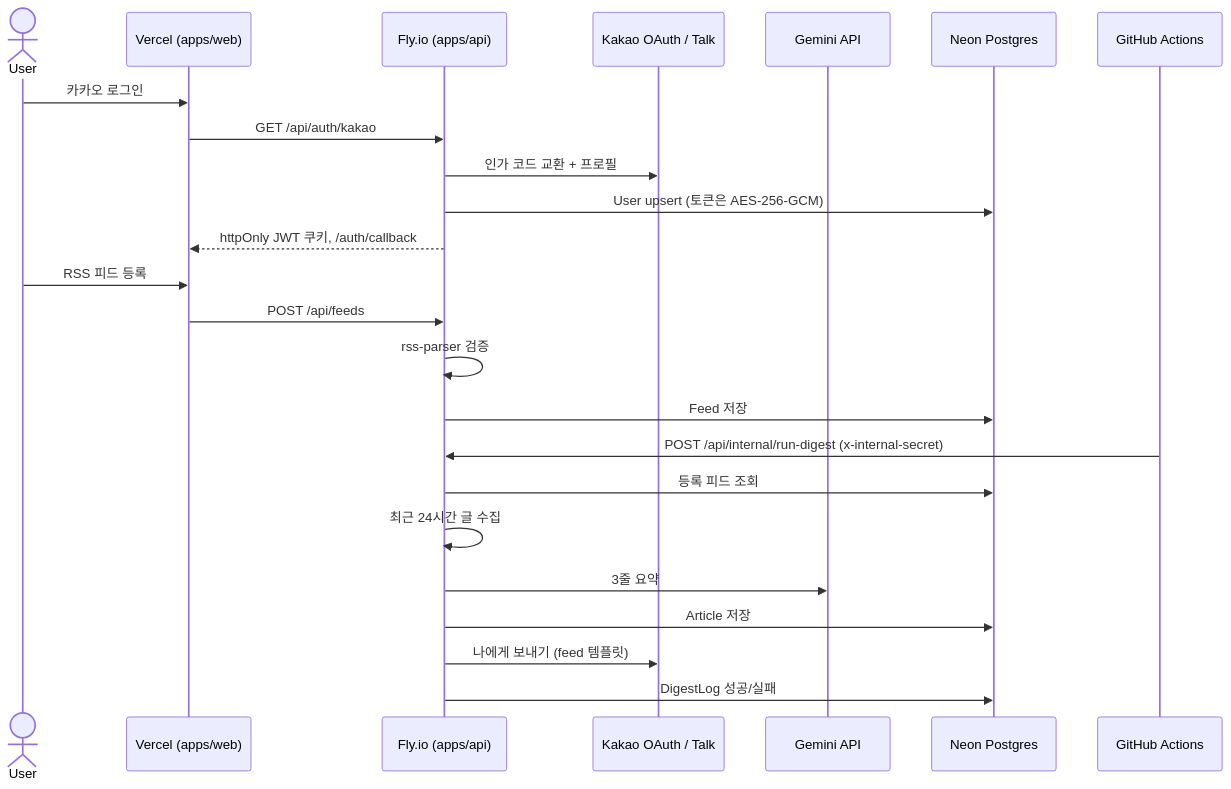
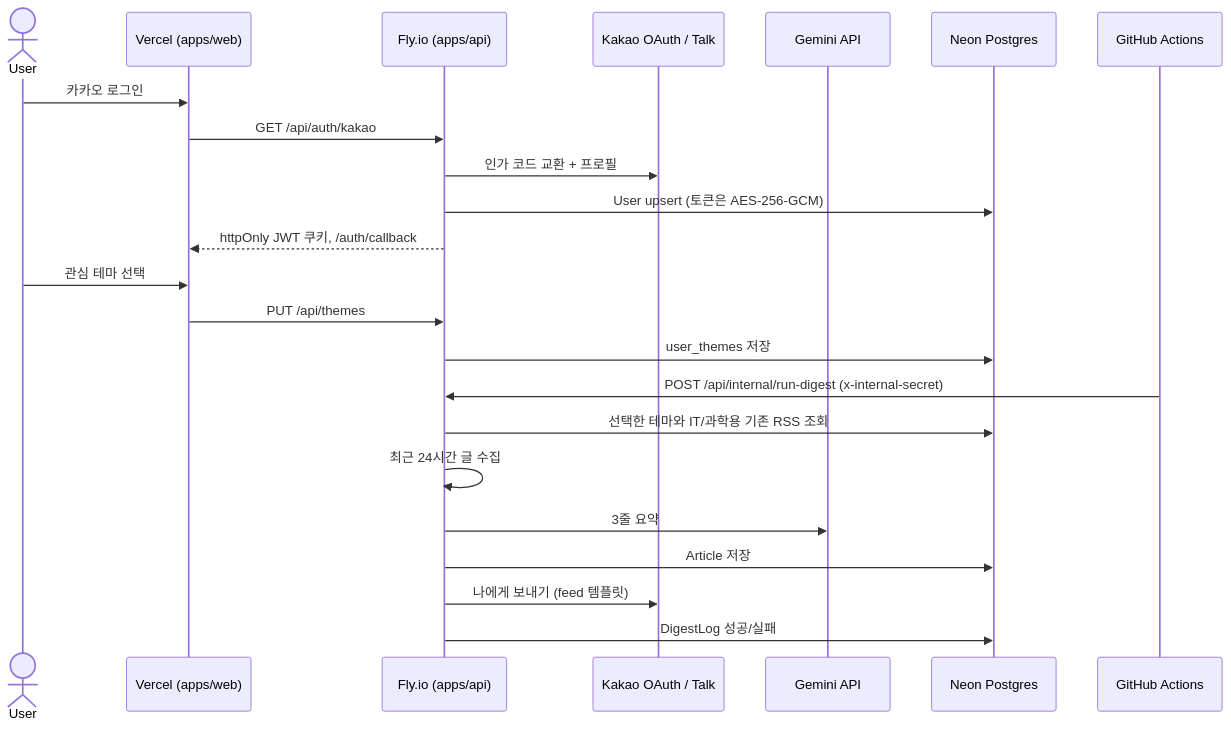
One commit to qormsxo/briefly changed the diagram in README.md. Above: the diagram before and after it, drawn with Mermaid. The commit also changed other lines of this file and 36 other files, not shown here.

````diff
--- a/README.md
+++ b/README.md
@@ -15,29 +16,28 @@
 ```mermaid
 sequenceDiagram
   actor User
   participant Web as Vercel (apps/web)
   participant API as Fly.io (apps/api)
   participant Kakao as Kakao OAuth / Talk
   participant Gemini as Gemini API
   participant PG as Neon Postgres
   participant GHA as GitHub Actions
 
   User->>Web: 카카오 로그인
   Web->>API: GET /api/auth/kakao
   API->>Kakao: 인가 코드 교환 + 프로필
   API->>PG: User upsert (토큰은 AES-256-GCM)
   API-->>Web: httpOnly JWT 쿠키, /auth/callback
 
-  User->>Web: RSS 피드 등록
-  Web->>API: POST /api/feeds
-  API->>API: rss-parser 검증
-  API->>PG: Feed 저장
+  User->>Web: 관심 테마 선택
+  Web->>API: PUT /api/themes
+  API->>PG: user_themes 저장
 
   GHA->>API: POST /api/internal/run-digest (x-internal-secret)
-  API->>PG: 등록 피드 조회
+  API->>PG: 선택한 테마와 IT/과학용 기존 RSS 조회
   API->>API: 최근 24시간 글 수집
   API->>Gemini: 3줄 요약
   API->>PG: Article 저장
   API->>Kakao: 나에게 보내기 (feed 템플릿)
   API->>PG: DigestLog 성공/실패
 ```
````
